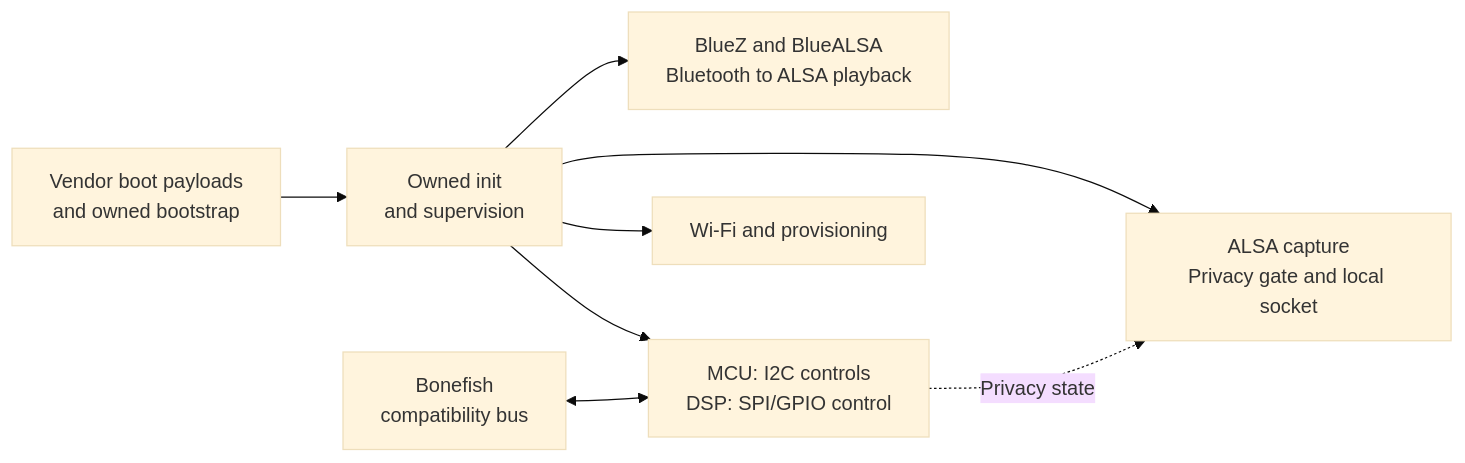
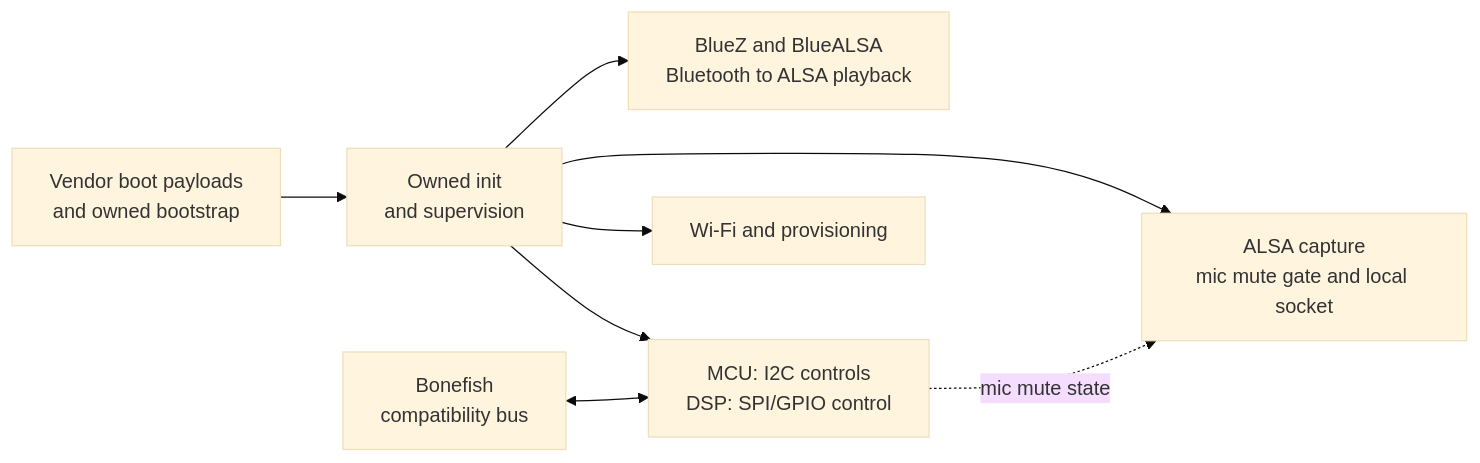
One commit to tku4tw2012/reInvoke changed the diagram in README.md. Above: the diagram before and after it, drawn with Mermaid (base theme). The commit also changed other lines of this file and 36 other files, not shown here.

````diff
--- a/README.md
+++ b/README.md
@@ -45,10 +45,10 @@
 ```mermaid
 flowchart LR
     NAND["Vendor boot payloads<br/>and owned bootstrap"] --> Init["Owned init<br/>and supervision"]
     Init --> Media["BlueZ and BlueALSA<br/>Bluetooth to ALSA playback"]
     Init --> Control["MCU: I2C controls<br/>DSP: SPI/GPIO control"]
-    Init --> Capture["ALSA capture<br/>Privacy gate and local socket"]
+    Init --> Capture["ALSA capture<br/>mic mute gate and local socket"]
     Init --> Network["Wi-Fi and provisioning"]
-    Control -. "Privacy state" .-> Capture
+    Control -. "mic mute state" .-> Capture
     WAMP["Bonefish<br/>compatibility bus"] <--> Control
 ```
````
